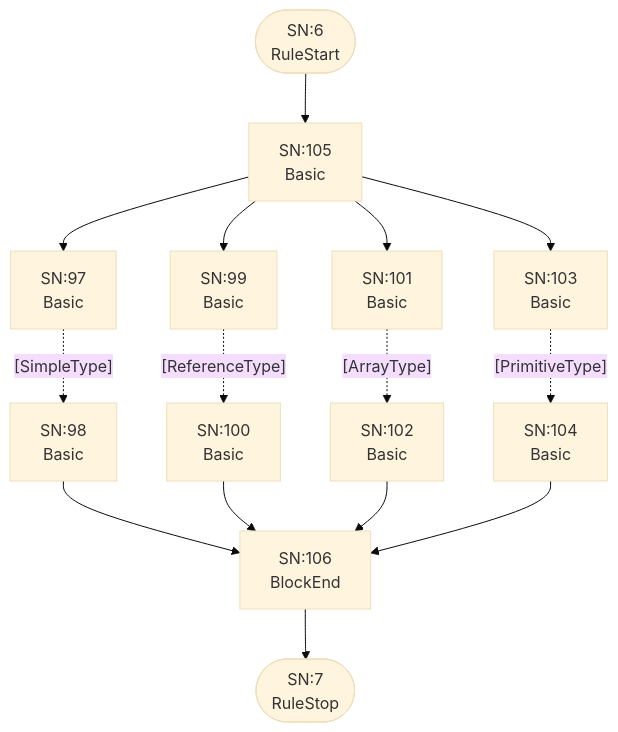
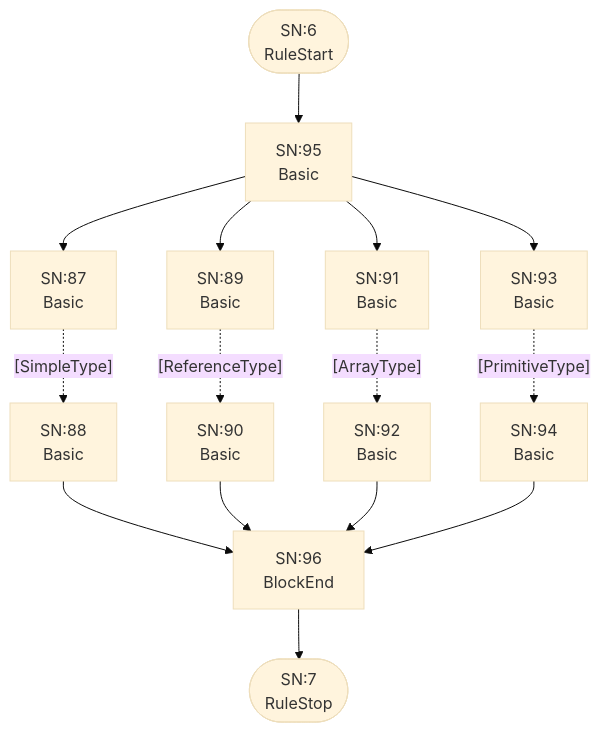
One commit to TypeFox/fastbelt changed the fourth of 25 diagrams in internal/grammar/atn.md. Above: the diagram before and after it, drawn with Mermaid (base theme). The commit also changed other lines of this file and 4 other files, not shown here.

````diff
--- a/internal/grammar/atn.md
+++ b/internal/grammar/atn.md
@@ -136,30 +116,30 @@
 ```mermaid
 flowchart TD
     q6(["SN:6<br/>RuleStart"])
     q7(["SN:7<br/>RuleStop"])
-    q97["SN:97<br/>Basic<br/>"]
-    q98["SN:98<br/>Basic<br/>"]
-    q99["SN:99<br/>Basic<br/>"]
-    q100["SN:100<br/>Basic<br/>"]
-    q101["SN:101<br/>Basic<br/>"]
-    q102["SN:102<br/>Basic<br/>"]
-    q103["SN:103<br/>Basic<br/>"]
-    q104["SN:104<br/>Basic<br/>"]
-    q105["SN:105<br/>Basic<br/>"]
-    q106["SN:106<br/>BlockEnd<br/>"]
+    q87["SN:87<br/>Basic<br/>"]
+    q88["SN:88<br/>Basic<br/>"]
+    q89["SN:89<br/>Basic<br/>"]
+    q90["SN:90<br/>Basic<br/>"]
+    q91["SN:91<br/>Basic<br/>"]
+    q92["SN:92<br/>Basic<br/>"]
+    q93["SN:93<br/>Basic<br/>"]
+    q94["SN:94<br/>Basic<br/>"]
+    q95["SN:95<br/>Basic<br/>"]
+    q96["SN:96<br/>BlockEnd<br/>"]
 
-    q6 --> q105
-    q97 -.->|"[SimpleType]"| q98
-    q98 --> q106
-    q99 -.->|"[ReferenceType]"| q100
-    q100 --> q106
-    q101 -.->|"[ArrayType]"| q102
-    q102 --> q106
-    q103 -.->|"[PrimitiveType]"| q104
-    q104 --> q106
-    q105 --> q97
-    q105 --> q99
-    q105 --> q101
-    q105 --> q103
-    q106 --> q7
+    q6 --> q95
+    q87 -.->|"[SimpleType]"| q88
+    q88 --> q96
+    q89 -.->|"[ReferenceType]"| q90
+    q90 --> q96
+    q91 -.->|"[ArrayType]"| q92
+    q92 --> q96
+    q93 -.->|"[PrimitiveType]"| q94
+    q94 --> q96
+    q95 --> q87
+    q95 --> q89
+    q95 --> q91
+    q95 --> q93
+    q96 --> q7
 ```
````
